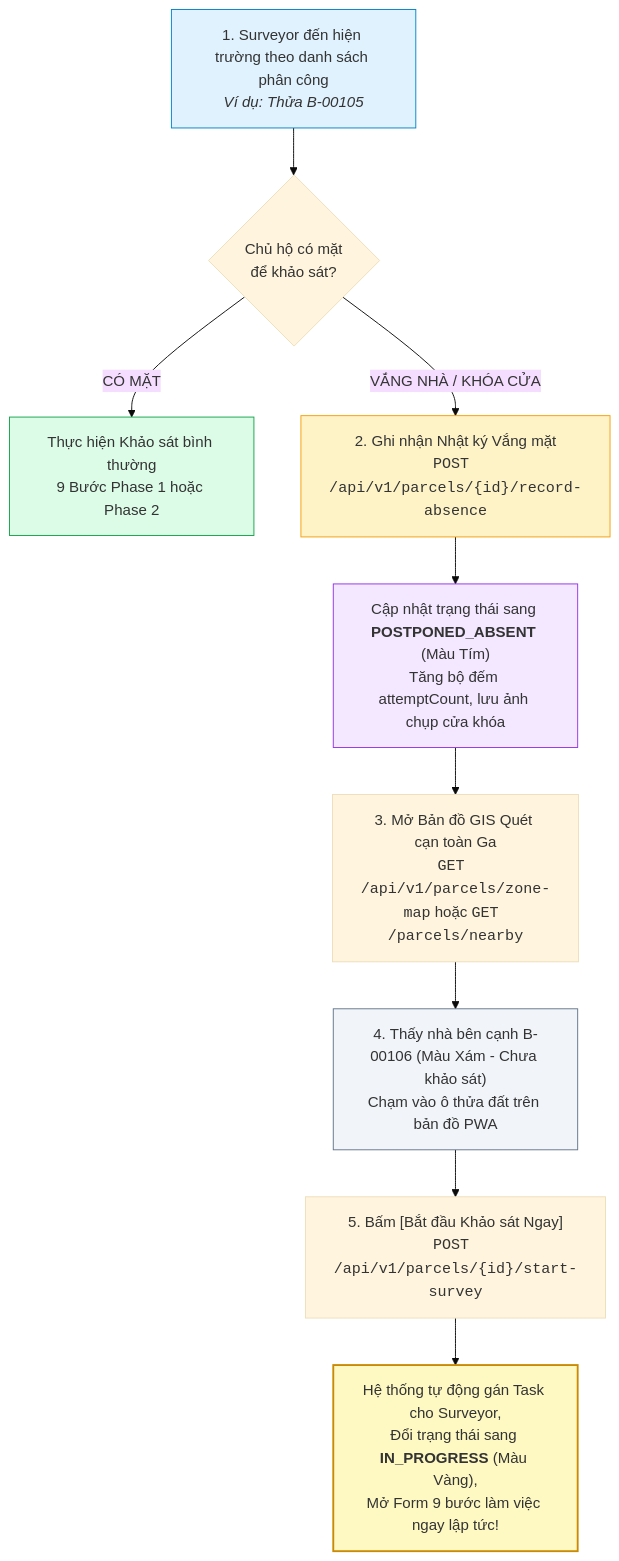
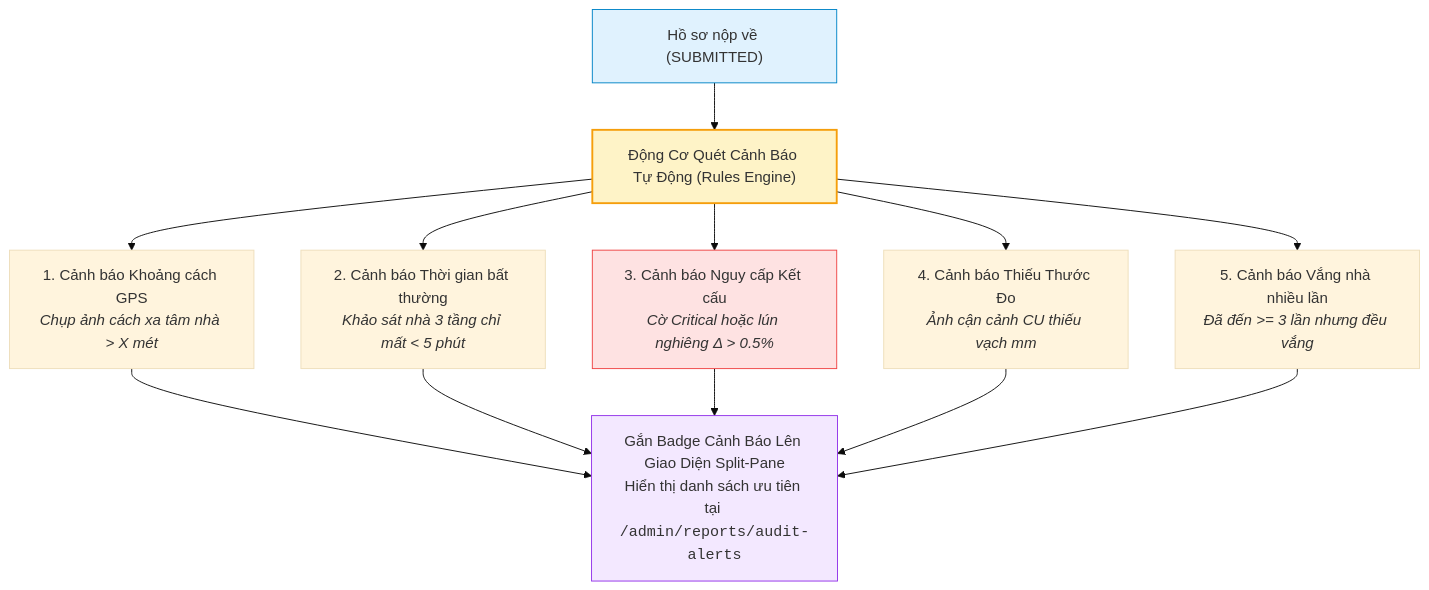
The second of 2 diagrams in srs/notchange/Business_Logic.md (Vqd2k6/BCR-System), drawn with Mermaid (base theme) before and after one commit. The commit also changed other lines of this file and 1 other file, not shown here.

Commit message:
feat(api-spec): add Selective Batch Export, Progress Analytics, and Audit Alert Engine for Zone Admin

````diff
--- a/srs/notchange/Business_Logic.md
+++ b/srs/notchange/Business_Logic.md
@@ -137,21 +110,21 @@
 ```mermaid
 graph TD
-    A["1. Surveyor đến hiện trường theo danh sách phân công<br><i>Ví dụ: Thửa B-00105</i>"] --> B{"Chủ hộ có mặt<br>để khảo sát?"}
+    A["Hồ sơ nộp về (SUBMITTED)"] --> B["Động Cơ Quét Cảnh Báo Tự Động (Rules Engine)"]
     
-    B -- "CÓ MẶT" --> C["Thực hiện Khảo sát bình thường<br>9 Bước Phase 1 hoặc Phase 2"]
+    B --> C["1. Cảnh báo Khoảng cách GPS<br><i>Chụp ảnh cách xa tâm nhà > X mét</i>"]
+    B --> D["2. Cảnh báo Thời gian bất thường<br><i>Khảo sát nhà 3 tầng chỉ mất < 5 phút</i>"]
+    B --> E["3. Cảnh báo Nguy cấp Kết cấu<br><i>Cờ Critical hoặc lún nghiêng Δ > 0.5%</i>"]
+    B --> F["4. Cảnh báo Thiếu Thước Đo<br><i>Ảnh cận cảnh CU thiếu vạch mm</i>"]
+    B --> G["5. Cảnh báo Vắng nhà nhiều lần<br><i>Đã đến >= 3 lần nhưng đều vắng</i>"]
     
-    B -- "VẮNG NHÀ / KHÓA CỬA" --> D["2. Ghi nhận Nhật ký Vắng mặt<br><code>POST /api/v1/parcels/{id}/record-absence</code>"]
-    D --> E["Cập nhật trạng thái sang <b>POSTPONED_ABSENT</b> (Màu Tím)<br>Tăng bộ đếm attemptCount, lưu ảnh chụp cửa khóa"]
-    
-    E --> F["3. Mở Bản đồ GIS Quét cạn toàn Ga<br><code>GET /api/v1/parcels/zone-map</code> hoặc <code>GET /parcels/nearby</code>"]
-    F --> G["4. Thấy nhà bên cạnh B-00106 (Màu Xám - Chưa khảo sát)<br>Chạm vào ô thửa đất trên bản đồ PWA"]
-    G --> H["5. Bấm [Bắt đầu Khảo sát Ngay]<br><code>POST /api/v1/parcels/{id}/start-survey</code>"]
-    H --> I["Hệ thống tự động gán Task cho Surveyor,<br>Đổi trạng thái sang <b>IN_PROGRESS</b> (Màu Vàng),<br>Mở Form 9 bước làm việc ngay lập tức!"]
+    C --> H["Gắn Badge Cảnh Báo Lên Giao Diện Split-Pane<br>Hiển thị danh sách ưu tiên tại <code>/admin/reports/audit-alerts</code>"]
+    D --> H
+    E --> H
+    F --> H
+    G --> H
     
     style A fill:#e0f2fe,stroke:#0284c7
-    style C fill:#dcfce7,stroke:#16a34a
-    style D fill:#fef3c7,stroke:#f59e0b
-    style E fill:#f3e8ff,stroke:#9333ea
-    style G fill:#f1f5f9,stroke:#64748b
-    style I fill:#fef9c3,stroke:#ca8a04,stroke-width:2px
+    style B fill:#fef3c7,stroke:#f59e0b,stroke-width:2px
+    style E fill:#fee2e2,stroke:#ef4444
+    style H fill:#f3e8ff,stroke:#9333ea
 ```
````
